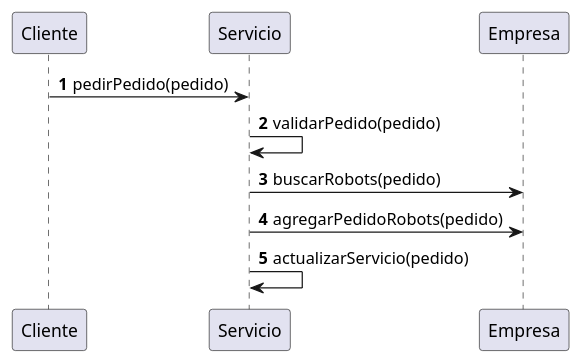
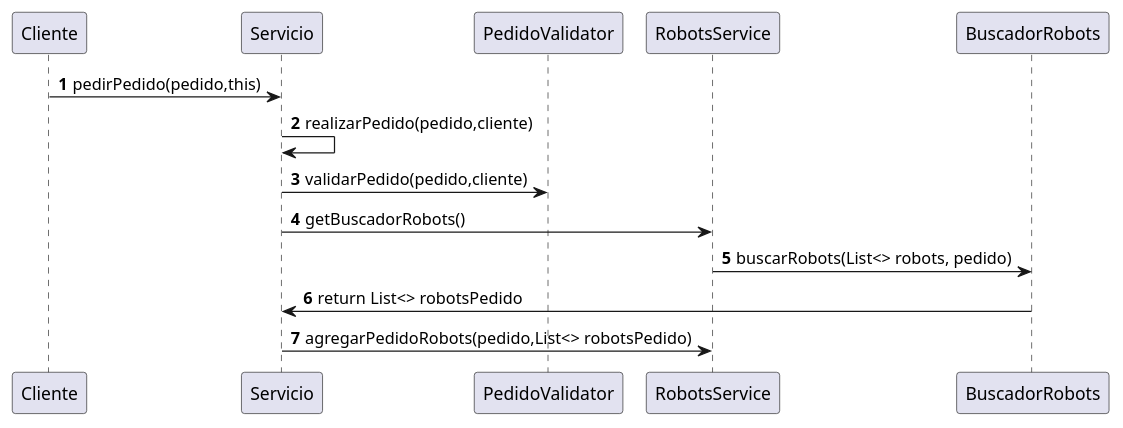
The diagram in src/main/java/com/grupo4/trabajo/Diagramas/diagrama_secuencia_realizarPedido.puml (bacarvalho/TrabajoPractico), drawn with PlantUML before and after one commit.

Commit message:
cambios en Diagrama_secuencia_realizarPedido

```diff
--- a/src/main/java/com/grupo4/trabajo/Diagramas/diagrama_secuencia_realizarPedido.puml
+++ b/src/main/java/com/grupo4/trabajo/Diagramas/diagrama_secuencia_realizarPedido.puml
@@ -1,13 +1,16 @@
 @startuml
 'https://plantuml.com/sequence-diagram
 
 autonumber
 
-Cliente -> Servicio: pedirPedido(pedido)
-Servicio -> Servicio : validarPedido(pedido)
-Servicio -> Empresa: buscarRobots(pedido)
-Servicio -> Empresa: agregarPedidoRobots(pedido)
-Servicio -> Servicio: actualizarServicio(pedido)
+Cliente -> Servicio: pedirPedido(pedido,this)
+Servicio-> Servicio: realizarPedido(pedido,cliente)
+Servicio-> PedidoValidator: validarPedido(pedido,cliente)
+Servicio-> RobotsService: getBuscadorRobots()
+RobotsService -> BuscadorRobots: buscarRobots(List<> robots, pedido)
+BuscadorRobots -> Servicio: return List<> robotsPedido
+Servicio -> RobotsService: agregarPedidoRobots(pedido,List<> robotsPedido)
+
 
 
 @enduml
```
